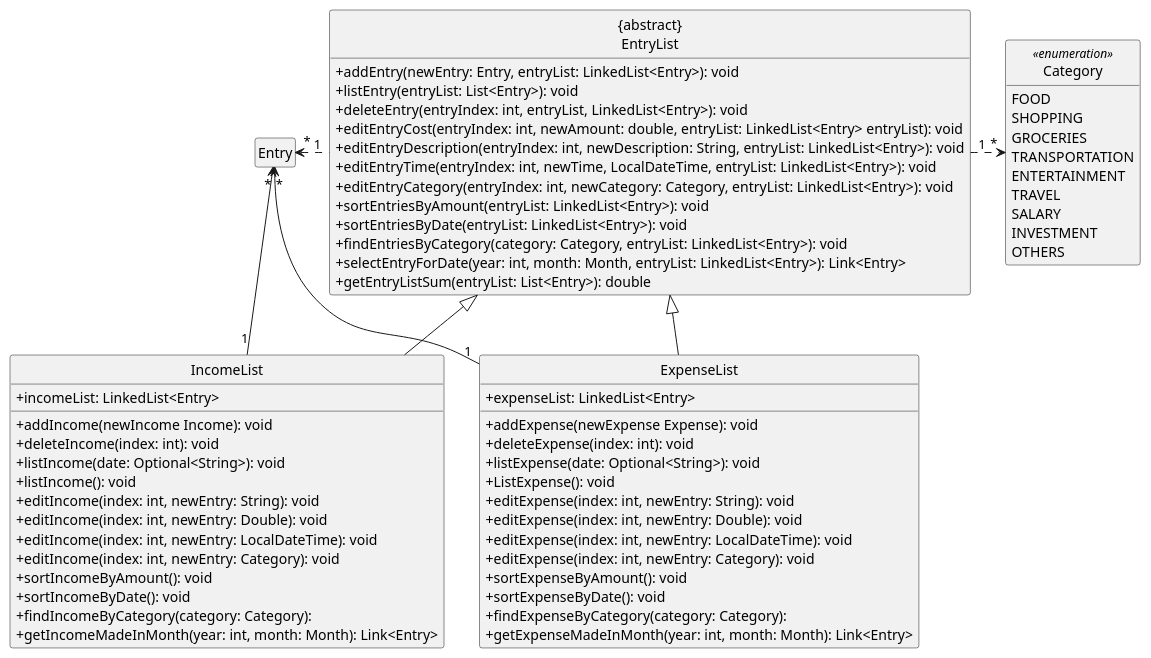
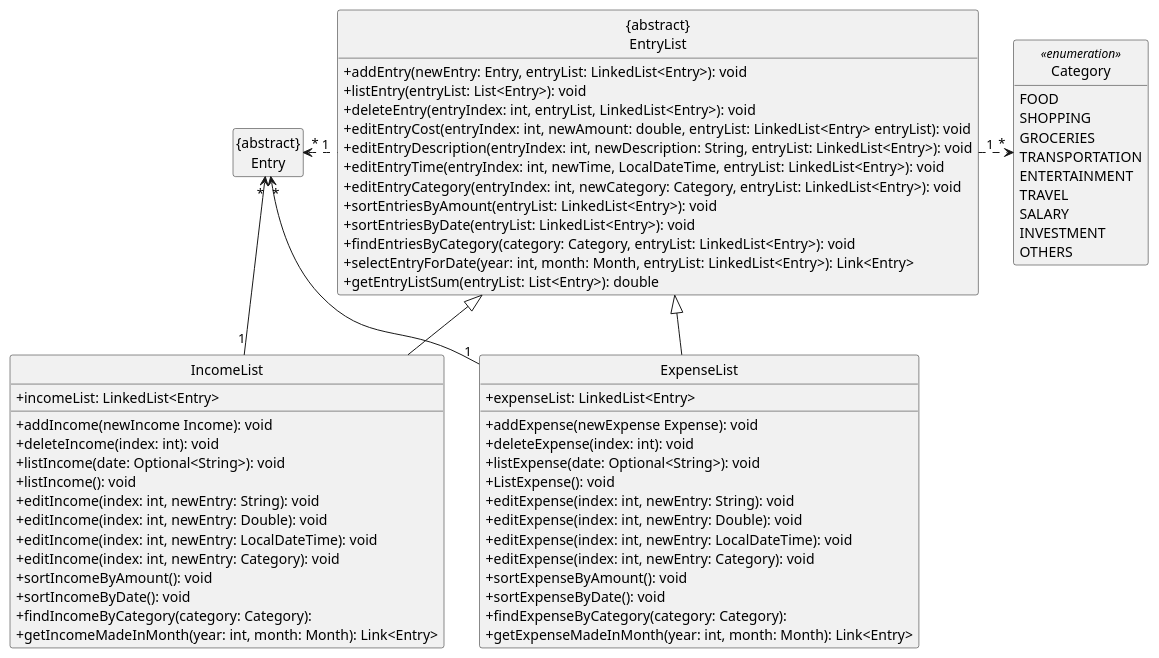
The diagram in docs/diagrams/EntryListFulllClassDiagram.puml (nus-cs2113-AY2223S2/tp), drawn with PlantUML before and after one commit. The commit also changed 2 other files, not shown here.

```diff
--- a/docs/diagrams/EntryListFulllClassDiagram.puml
+++ b/docs/diagrams/EntryListFulllClassDiagram.puml
@@ -1,74 +1,74 @@
 @startuml
 hide circle
 skinparam classAttributeIconSize 0
 hide empty members
 
 class "{abstract}\nEntryList" as entryList
 
 class entryList {
     +addEntry(newEntry: Entry, entryList: LinkedList<Entry>): void
     +listEntry(entryList: List<Entry>): void
     +deleteEntry(entryIndex: int, entryList, LinkedList<Entry>): void
     +editEntryCost(entryIndex: int, newAmount: double, entryList: LinkedList<Entry> entryList): void
     +editEntryDescription(entryIndex: int, newDescription: String, entryList: LinkedList<Entry>): void
     +editEntryTime(entryIndex: int, newTime, LocalDateTime, entryList: LinkedList<Entry>): void
     +editEntryCategory(entryIndex: int, newCategory: Category, entryList: LinkedList<Entry>): void
     +sortEntriesByAmount(entryList: LinkedList<Entry>): void
     +sortEntriesByDate(entryList: LinkedList<Entry>): void
     +findEntriesByCategory(category: Category, entryList: LinkedList<Entry>): void
     +selectEntryForDate(year: int, month: Month, entryList: LinkedList<Entry>): Link<Entry>
     +getEntryListSum(entryList: List<Entry>): double
 }
 
 class IncomeList {
     +incomeList: LinkedList<Entry>
     +addIncome(newIncome Income): void
     +deleteIncome(index: int): void
     +listIncome(date: Optional<String>): void
     +listIncome(): void
     +editIncome(index: int, newEntry: String): void
     +editIncome(index: int, newEntry: Double): void
     +editIncome(index: int, newEntry: LocalDateTime): void
     +editIncome(index: int, newEntry: Category): void
     +sortIncomeByAmount(): void
     +sortIncomeByDate(): void
     +findIncomeByCategory(category: Category):
     +getIncomeMadeInMonth(year: int, month: Month): Link<Entry>
 }
 
 class ExpenseList {
     +expenseList: LinkedList<Entry>
     +addExpense(newExpense Expense): void
     +deleteExpense(index: int): void
     +listExpense(date: Optional<String>): void
     +ListExpense(): void
     +editExpense(index: int, newEntry: String): void
     +editExpense(index: int, newEntry: Double): void
     +editExpense(index: int, newEntry: LocalDateTime): void
     +editExpense(index: int, newEntry: Category): void
     +sortExpenseByAmount(): void
     +sortExpenseByDate(): void
     +findExpenseByCategory(category: Category):
     +getExpenseMadeInMonth(year: int, month: Month): Link<Entry>
 }
 
 class Category <<enumeration>> {
     FOOD
     SHOPPING
     GROCERIES
     TRANSPORTATION
     ENTERTAINMENT
     TRAVEL
     SALARY
     INVESTMENT
     OTHERS
 }
 
 entryList <|-- IncomeList
-entryList "1" .left.> "*" Entry
+entryList "1" .left.> "*" "{abstract}\nEntry"
 entryList <|-- ExpenseList
 entryList "1" .right> "*" Category
-IncomeList "1" -> "*" Entry
-ExpenseList "1" -> "*" Entry
+IncomeList "1" -> "*" "{abstract}\nEntry"
+ExpenseList "1" -> "*" "{abstract}\nEntry"
 
 @enduml
```
